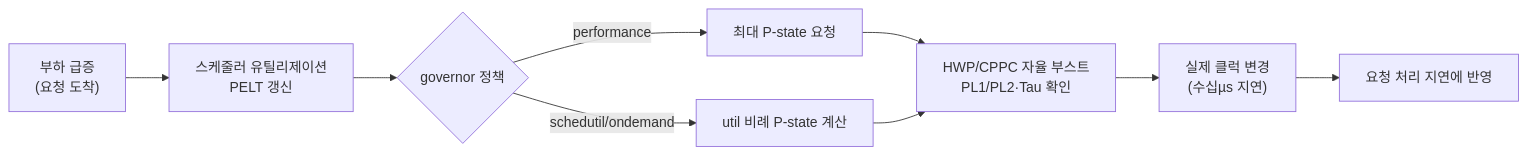
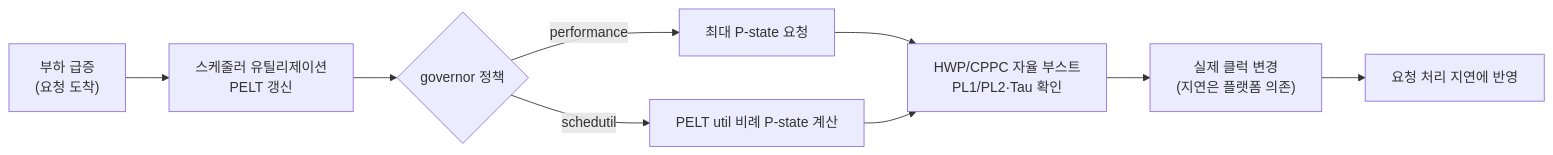
One commit to 42jerrykim/42jerrykim.github.io changed the diagram in content/collection/optimization-05-cpu-microarchitecture/11-frequency-scaling/index.md. Above: the diagram before and after it, drawn with Mermaid. The commit also changed other lines of this file and 1 other file, not shown here.

First line of the commit message:
feat: optimization-05-cpu-microarchitecture/11-frequency-scaling post-quality-loop 채점 완료 (97.3점, 통과)

````diff
--- a/content/collection/optimization-05-cpu-microarchitecture/11-frequency-scaling/index.md
+++ b/content/collection/optimization-05-cpu-microarchitecture/11-frequency-scaling/index.md
@@ -90,11 +83,11 @@
 ```mermaid
 flowchart LR
   loadSpike["부하 급증</br>(요청 도착)"] --> schedUtil["스케줄러 유틸리제이션</br>PELT 갱신"]
   schedUtil --> governorDecision{"governor 정책"}
   governorDecision -->|"performance"| maxFreq["최대 P-state 요청"]
-  governorDecision -->|"schedutil/ondemand"| calcFreq["util 비례 P-state 계산"]
+  governorDecision -->|"schedutil"| calcFreq["PELT util 비례 P-state 계산"]
   maxFreq --> hwBoost["HWP/CPPC 자율 부스트</br>PL1/PL2·Tau 확인"]
   calcFreq --> hwBoost
-  hwBoost --> freqChange["실제 클럭 변경</br>(수십µs 지연)"]
+  hwBoost --> freqChange["실제 클럭 변경</br>(지연은 플랫폼 의존)"]
   freqChange --> latencyImpact["요청 처리 지연에 반영"]
 ```
````
